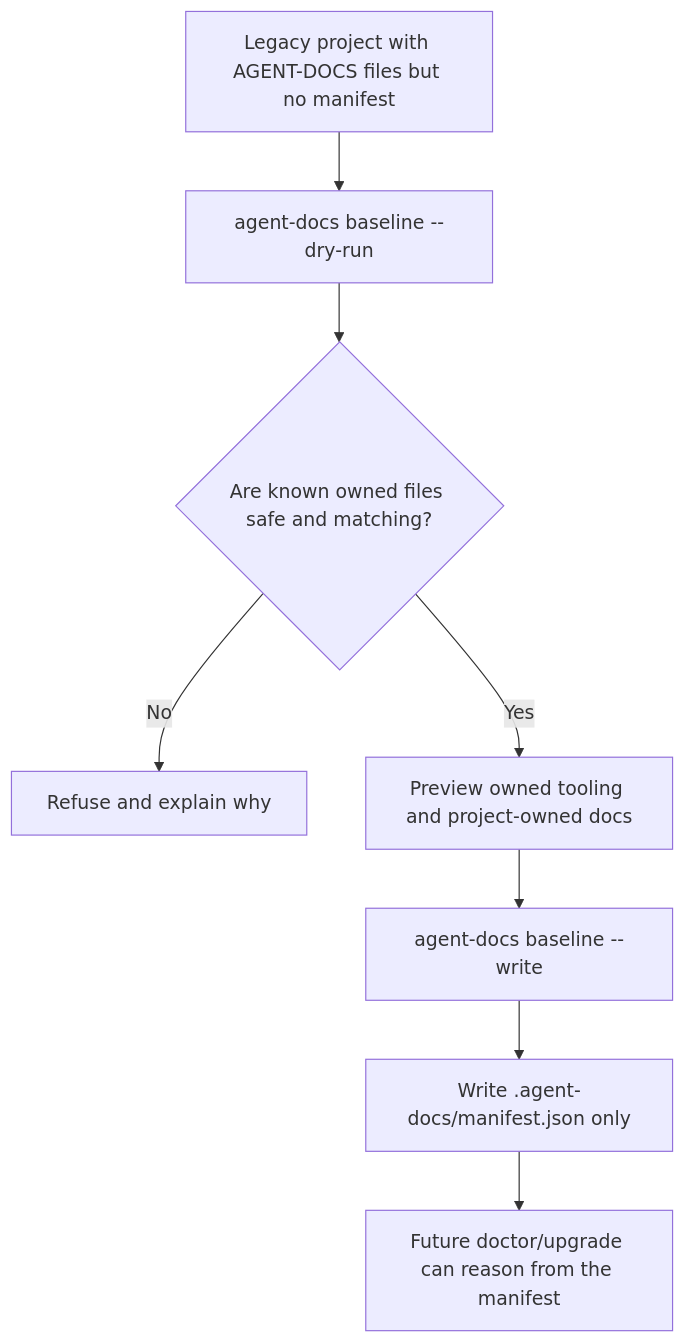
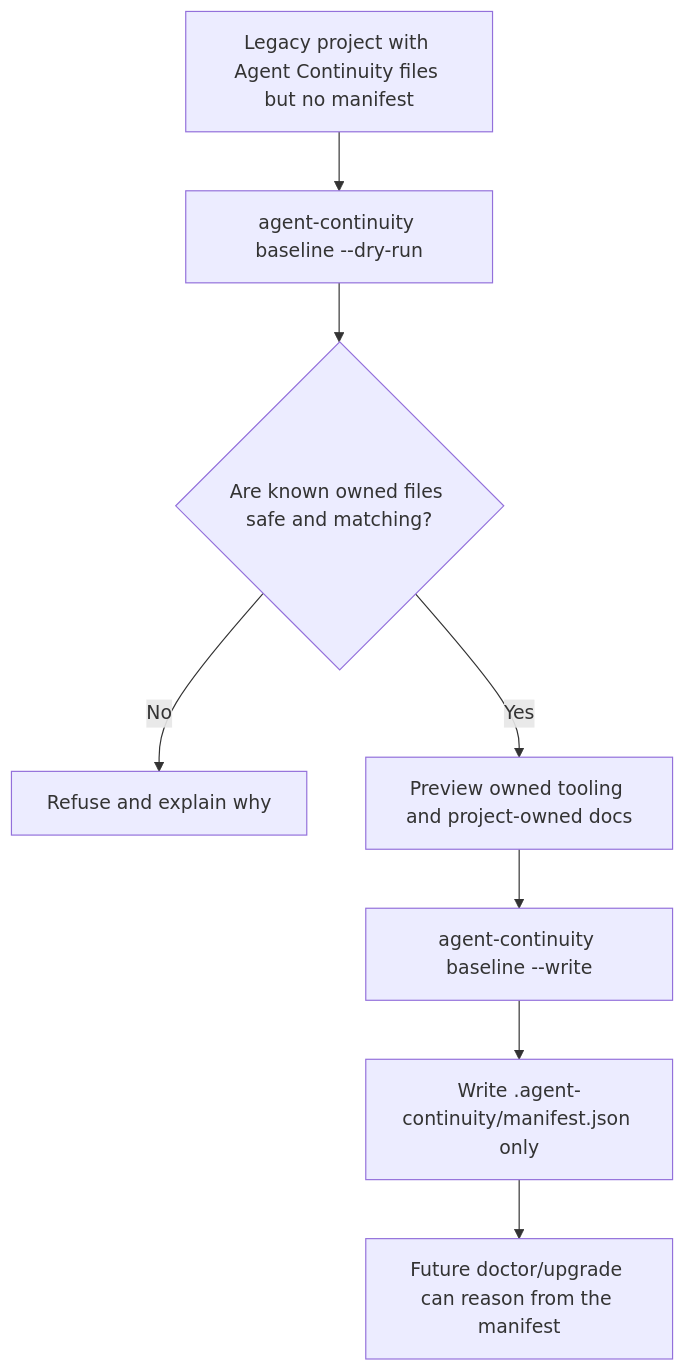
Before and after one commit to owensantoso/AGENT-DOCS: the diagram in docs/orientation/explainers/EXPL-0001-agent-docs-baseline-manifest.md, drawn with Mermaid. The commit also changed other lines of this file and 79 other files, not shown here.

First line of the commit message:
feat(cli): Complete Agent Continuity command migration

````diff
--- a/docs/orientation/explainers/EXPL-0001-agent-docs-baseline-manifest.md
+++ b/docs/orientation/explainers/EXPL-0001-agent-docs-baseline-manifest.md
@@ -102,10 +102,10 @@
 ```mermaid
 flowchart TD
-  A["Legacy project with AGENT-DOCS files but no manifest"] --> B["agent-docs baseline --dry-run"]
+  A["Legacy project with Agent Continuity files but no manifest"] --> B["agent-continuity baseline --dry-run"]
   B --> C{"Are known owned files safe and matching?"}
   C -->|"No"| D["Refuse and explain why"]
   C -->|"Yes"| E["Preview owned tooling and project-owned docs"]
-  E --> F["agent-docs baseline --write"]
-  F --> G["Write .agent-docs/manifest.json only"]
+  E --> F["agent-continuity baseline --write"]
+  F --> G["Write .agent-continuity/manifest.json only"]
   G --> H["Future doctor/upgrade can reason from the manifest"]
 ```
````
